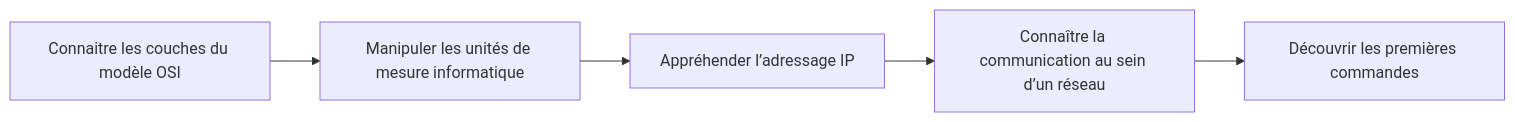
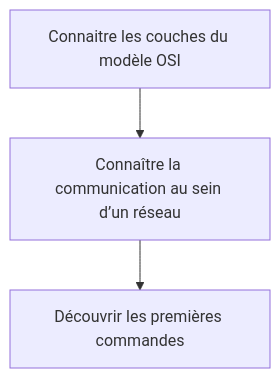
One commit to sk34pk25/tssr-cours changed the second of 5 diagrams in docs/modules/01-bases-reseaux/module-01-le-modele-osi.md. Above: the diagram before and after it, drawn with Mermaid. The commit also changed other lines of this file and 12 other files, not shown here.

````diff
--- a/docs/modules/01-bases-reseaux/module-01-le-modele-osi.md
+++ b/docs/modules/01-bases-reseaux/module-01-le-modele-osi.md
@@ -152,12 +48,8 @@
 ```mermaid
-flowchart LR
+flowchart TD
     N1["Connaitre les couches du modèle OSI"]
-    N2["Manipuler les unités de mesure informatique"]
-    N3["Appréhender l’adressage IP"]
     N4["Connaître la communication au sein d’un réseau"]
     N5["Découvrir les premières commandes"]
-    N1 --> N2
-    N2 --> N3
-    N3 --> N4
+    N1 --> N4
     N4 --> N5
 ```
````
